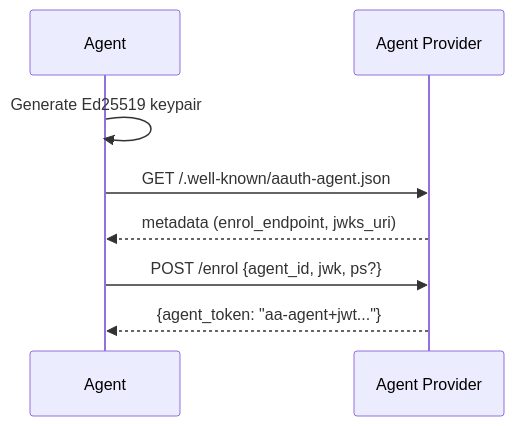
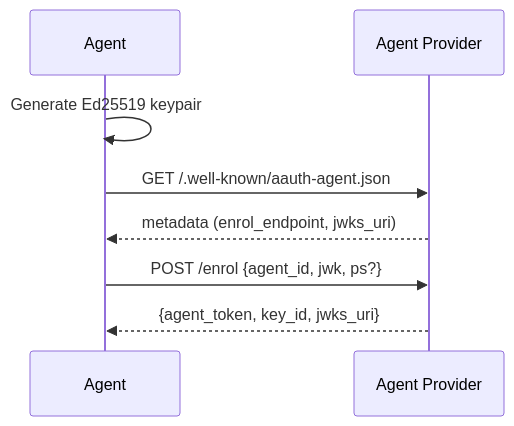
Before and after one commit to aauth-dev/dotnet-samples: the diagram in docs/workflows/bootstrap-enrollment.md, drawn with Mermaid. The commit also changed other lines of this file and 16 other files, not shown here.

````diff
--- a/docs/workflows/bootstrap-enrollment.md
+++ b/docs/workflows/bootstrap-enrollment.md
@@ -12,10 +12,10 @@
 ```mermaid
 sequenceDiagram
     participant Agent
     participant AP as Agent Provider
     Agent->>Agent: Generate Ed25519 keypair
     Agent->>AP: GET /.well-known/aauth-agent.json
     AP-->>Agent: metadata (enrol_endpoint, jwks_uri)
     Agent->>AP: POST /enrol {agent_id, jwk, ps?}
-    AP-->>Agent: {agent_token: "aa-agent+jwt..."}
+    AP-->>Agent: {agent_token, key_id, jwks_uri}
 ```
````
